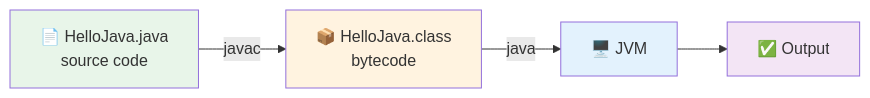
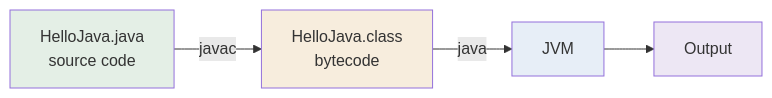
The second of 2 diagrams in src/Theory/01-Java-Introduction-and-Setup/01-Java-Introduction.md (kundankumarsharma56/Leaning-Java), drawn with Mermaid before and after one commit. The commit also changed other lines of this file and 84 other files, not shown here.

````diff
--- a/src/Theory/01-Java-Introduction-and-Setup/01-Java-Introduction.md
+++ b/src/Theory/01-Java-Introduction-and-Setup/01-Java-Introduction.md
@@ -70,10 +70,10 @@
 ```mermaid
 flowchart LR
-    A["📄 HelloJava.java<br/>source code"] -->|javac| B["📦 HelloJava.class<br/>bytecode"]
-    B -->|java| C["🖥️ JVM"]
-    C --> D["✅ Output"]
-    style A fill:#e8f5e9
-    style B fill:#fff3e0
-    style C fill:#e3f2fd
-    style D fill:#f3e5f5
+    A["HelloJava.java<br/>source code"] -->|javac| B["HelloJava.class<br/>bytecode"]
+    B -->|java| C["JVM"]
+    C --> D["Output"]
+    style A fill:#e4efe6
+    style B fill:#f7eddd
+    style C fill:#e7eef7
+    style D fill:#ede7f4
 ```
````
